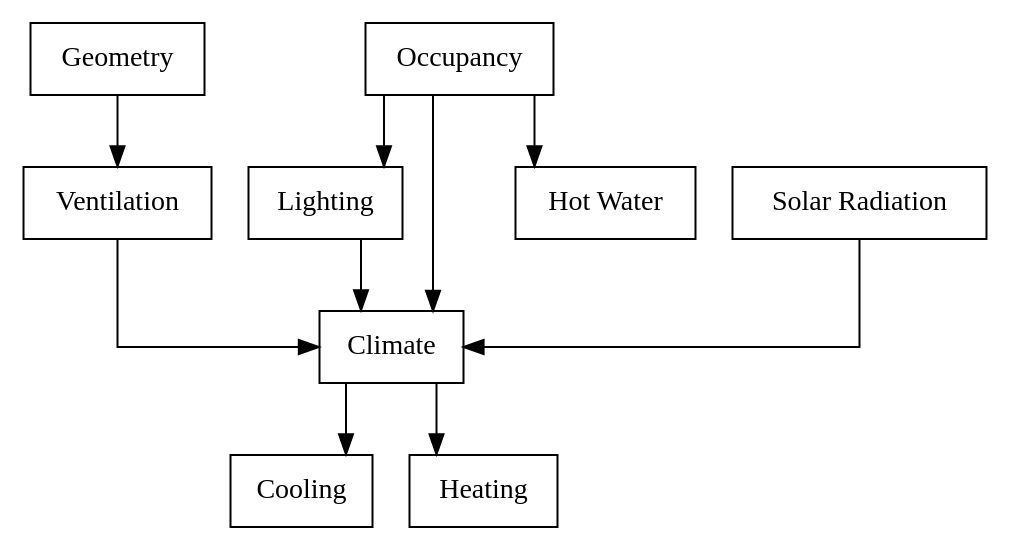
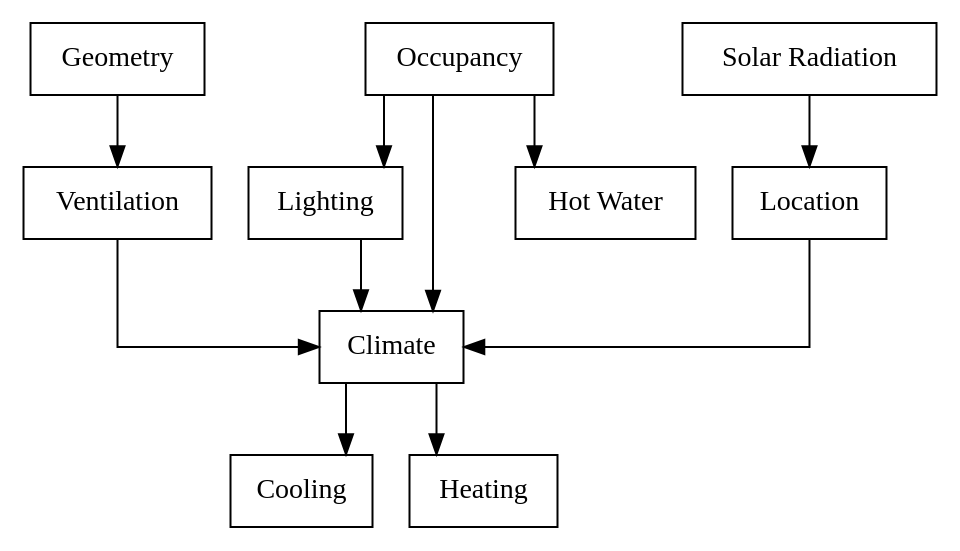
Before and after one commit to OxfordRSE/OpenBES-py: the diagram in simulation_dag.dot, drawn with Graphviz. The commit also changed 18 other files, not shown here.

```diff
--- a/simulation_dag.dot
+++ b/simulation_dag.dot
@@ -1,29 +1,31 @@
 digraph BuildingSimulationDAG {
     rankdir = TB;
     splines = ortho;
     node [shape = box];
 
     Geometry;
     Occupancy;
     Lighting;
     "Solar Radiation";
     Ventilation;
     Climate;
     Cooling;
     Heating;
     "Hot Water";
+    Location;
 
 
     Geometry -> Ventilation;
 
     Occupancy -> Lighting;
     Lighting -> Climate;
     Ventilation -> Climate;
     Occupancy -> Climate;
-    "Solar Radiation" -> Climate;
+    "Solar Radiation" -> Location;
+    Location -> Climate;
 
     Climate -> Cooling;
     Climate -> Heating;
 
     Occupancy -> "Hot Water";
 }
```
